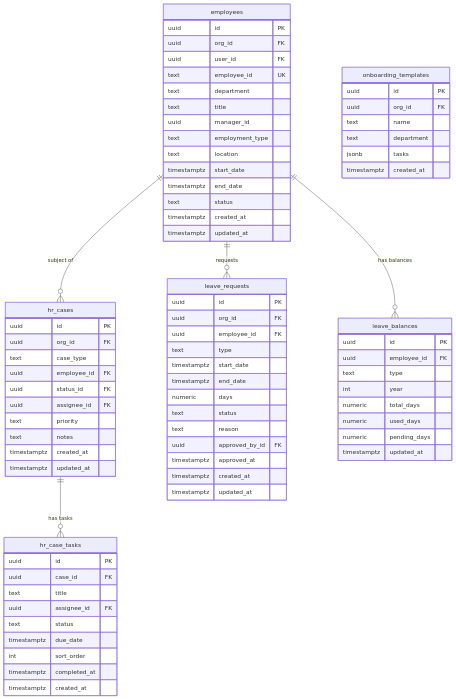
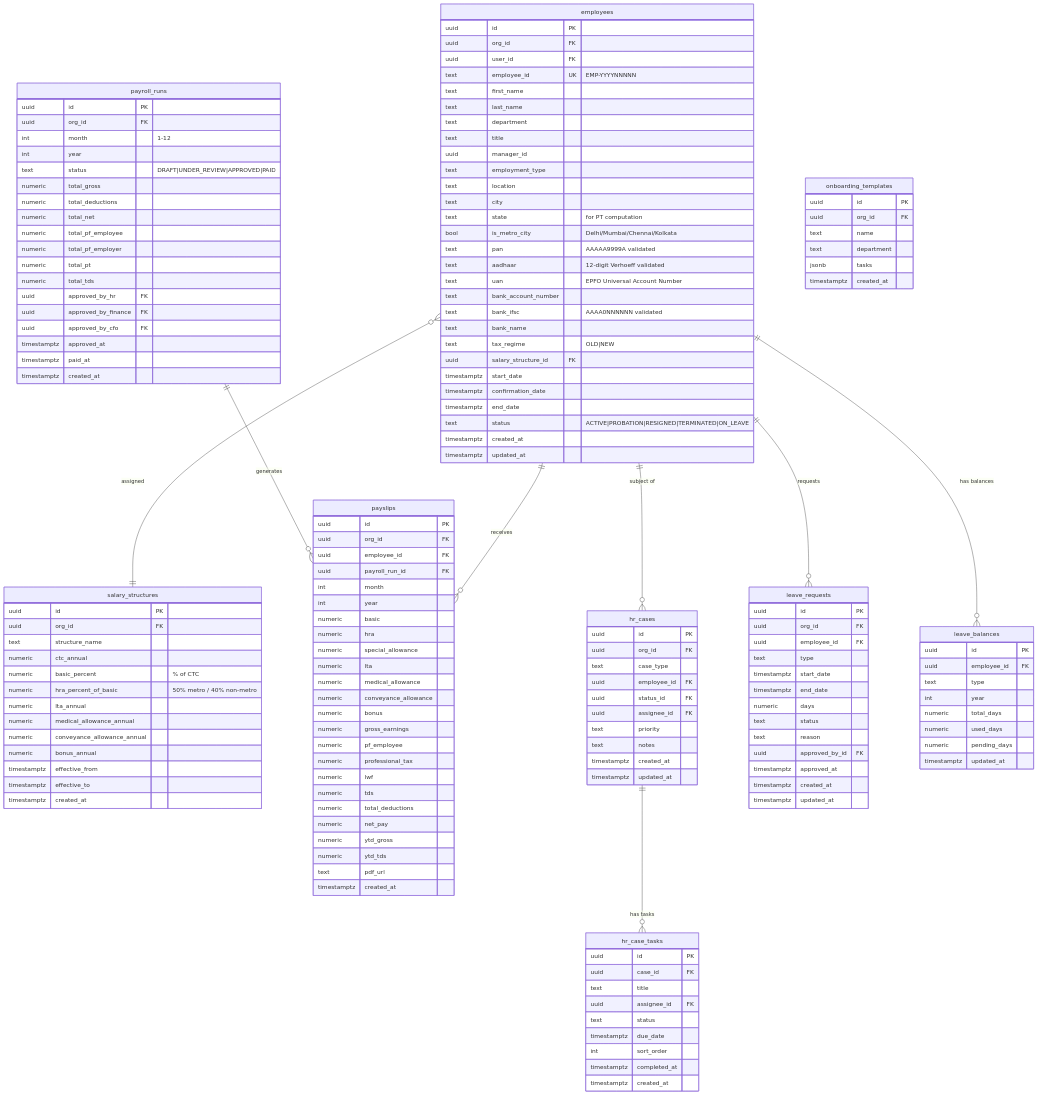
Before and after one commit to Recon-X2025/NexusOps: the fifth of 26 diagrams in NexusOps_Entity_Relationship_Diagram.md, drawn with Mermaid. The commit also changed other lines of this file and 108 other files, not shown here.

````diff
--- a/NexusOps_Entity_Relationship_Diagram.md
+++ b/NexusOps_Entity_Relationship_Diagram.md
@@ -553,17 +569,95 @@
         uuid id PK
         uuid org_id FK
         uuid user_id FK
-        text employee_id UK
+        text employee_id UK "EMP-YYYYNNNNN"
+        text first_name
+        text last_name
         text department
         text title
         uuid manager_id
         text employment_type
         text location
+        text city
+        text state "for PT computation"
+        bool is_metro_city "Delhi/Mumbai/Chennai/Kolkata"
+        text pan "AAAAA9999A validated"
+        text aadhaar "12-digit Verhoeff validated"
+        text uan "EPFO Universal Account Number"
+        text bank_account_number
+        text bank_ifsc "AAAA0NNNNNN validated"
+        text bank_name
+        text tax_regime "OLD|NEW"
+        uuid salary_structure_id FK
         timestamptz start_date
+        timestamptz confirmation_date
         timestamptz end_date
-        text status
+        text status "ACTIVE|PROBATION|RESIGNED|TERMINATED|ON_LEAVE"
         timestamptz created_at
         timestamptz updated_at
+    }
+
+    salary_structures {
+        uuid id PK
+        uuid org_id FK
+        text structure_name
+        numeric ctc_annual
+        numeric basic_percent "% of CTC"
+        numeric hra_percent_of_basic "50% metro / 40% non-metro"
+        numeric lta_annual
+        numeric medical_allowance_annual
+        numeric conveyance_allowance_annual
+        numeric bonus_annual
+        timestamptz effective_from
+        timestamptz effective_to
+        timestamptz created_at
+    }
+
+    payroll_runs {
+        uuid id PK
+        uuid org_id FK
+        int month "1-12"
+        int year
+        text status "DRAFT|UNDER_REVIEW|APPROVED|PAID"
+        numeric total_gross
+        numeric total_deductions
+        numeric total_net
+        numeric total_pf_employee
+        numeric total_pf_employer
+        numeric total_pt
+        numeric total_tds
+        uuid approved_by_hr FK
+        uuid approved_by_finance FK
+        uuid approved_by_cfo FK
+        timestamptz approved_at
+        timestamptz paid_at
+        timestamptz created_at
+    }
+
+    payslips {
+        uuid id PK
+        uuid org_id FK
+        uuid employee_id FK
+        uuid payroll_run_id FK
+        int month
+        int year
+        numeric basic
+        numeric hra
+        numeric special_allowance
+        numeric lta
+        numeric medical_allowance
+        numeric conveyance_allowance
+        numeric bonus
+        numeric gross_earnings
+        numeric pf_employee
+        numeric professional_tax
+        numeric lwf
+        numeric tds
+        numeric total_deductions
+        numeric net_pay
+        numeric ytd_gross
+        numeric ytd_tds
+        text pdf_url
+        timestamptz created_at
     }
 
     hr_cases {
@@ -630,5 +724,8 @@
     employees ||--o{ hr_cases : "subject of"
     employees ||--o{ leave_requests : "requests"
     employees ||--o{ leave_balances : "has balances"
+    employees ||--o{ payslips : "receives"
+    employees }o--|| salary_structures : "assigned"
+    payroll_runs ||--o{ payslips : "generates"
     hr_cases ||--o{ hr_case_tasks : "has tasks"
 ```
````
